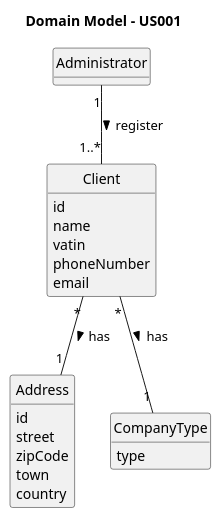
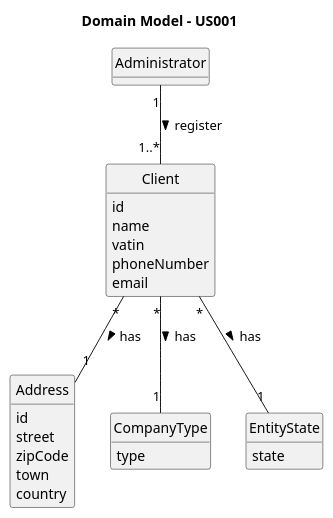
One commit to daniel41silva05/Production_Control_Industrial_ISEP changed the diagram in documentation/user-stories/us001/02.analysis/puml/us001-domain-model.puml. Above: the diagram before and after it, drawn with PlantUML. The commit also changed 22 other files, not shown here.

```diff
--- a/documentation/user-stories/us001/02.analysis/puml/us001-domain-model.puml
+++ b/documentation/user-stories/us001/02.analysis/puml/us001-domain-model.puml
@@ -1,40 +1,45 @@
 @startuml
 skinparam monochrome true
 skinparam packageStyle rectangle
 skinparam shadowing false
 
 skinparam classAttributeIconSize 0
 
 hide circle
 hide methods
 
 title Domain Model - US001
 
 class Administrator {
 }
 
 class Client {
     id
     name
     vatin
     phoneNumber
     email
 }
 
 class Address {
     id
     street
     zipCode
     town
     country
 }
 
 enum CompanyType {
     type
 }
 
+enum EntityState {
+    state
+}
+
 Administrator "1" -- "1..*" Client : register >
 Client "*" -- "1" Address : has >
 Client "*" -- "1" CompanyType : has >
+Client "*" -- "1" EntityState : has >
 
 @enduml
```
